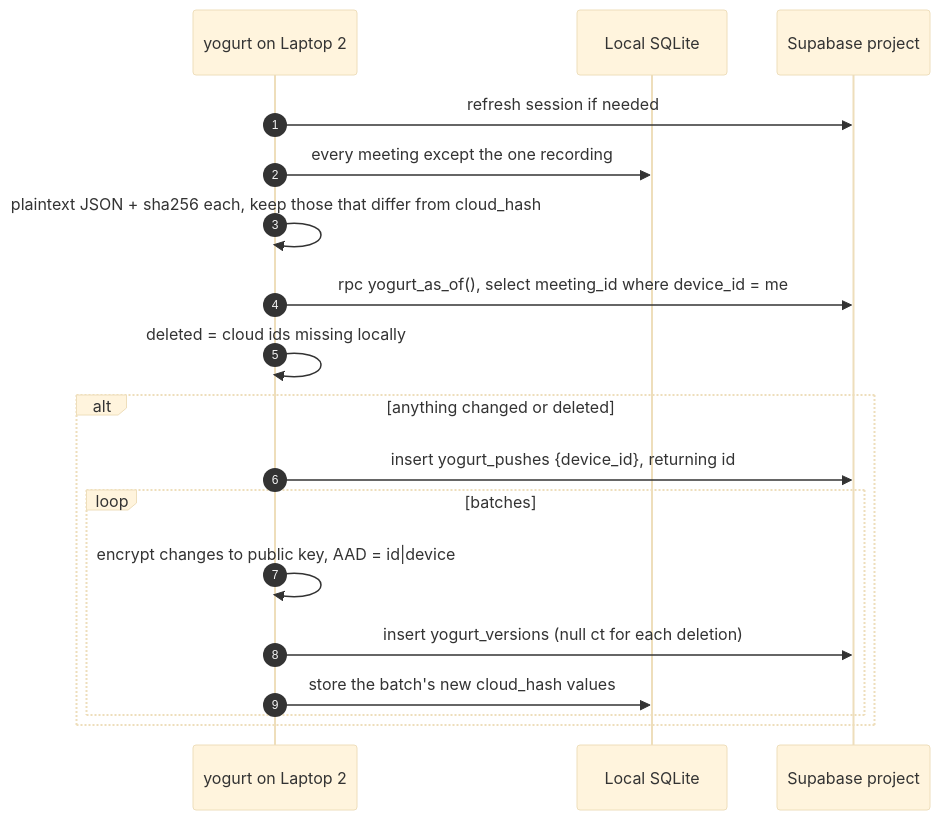
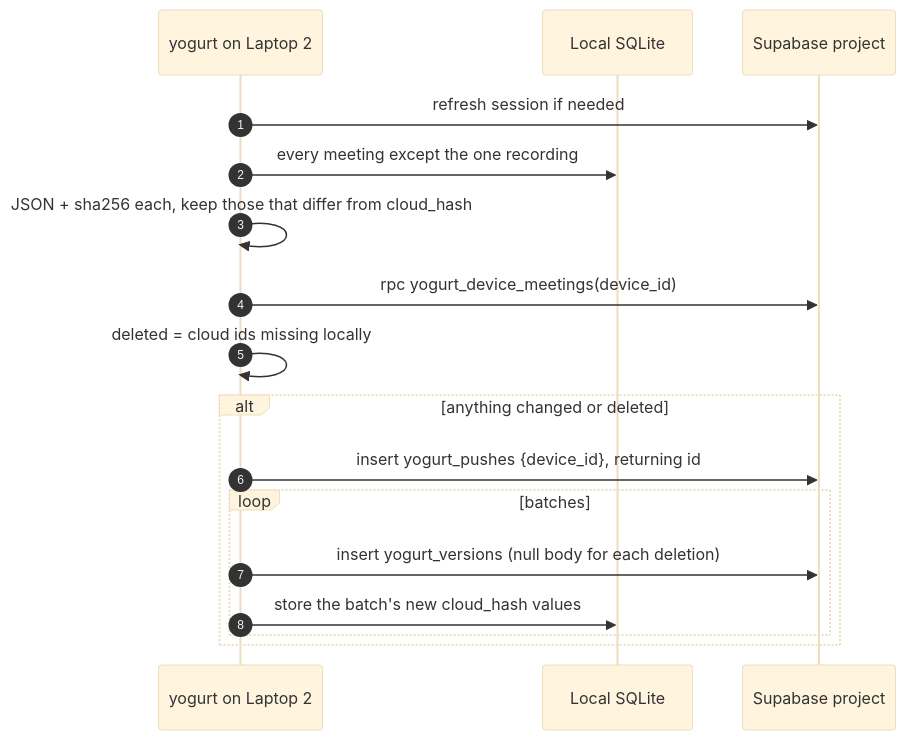
Before and after one commit to jarvisrchen/yogurt: the fifth of 5 diagrams in docs/.planning/sync-cloud-mirror-design.md, drawn with Mermaid (base theme). The commit also changed other lines of this file and 3 other files, not shown here.

````diff
--- a/docs/.planning/sync-cloud-mirror-design.md
+++ b/docs/.planning/sync-cloud-mirror-design.md
@@ -326,21 +182,20 @@
 ```mermaid
 sequenceDiagram
   autonumber
   participant Y as yogurt on Laptop 2
   participant DB as Local SQLite
   participant P as Supabase project
 
   Y->>P: refresh session if needed
   Y->>DB: every meeting except the one recording
-  Y->>Y: plaintext JSON + sha256 each, keep those that differ from cloud_hash
-  Y->>P: rpc yogurt_as_of(), select meeting_id where device_id = me
+  Y->>Y: JSON + sha256 each, keep those that differ from cloud_hash
+  Y->>P: rpc yogurt_device_meetings(device_id)
   Y->>Y: deleted = cloud ids missing locally
   alt anything changed or deleted
     Y->>P: insert yogurt_pushes {device_id}, returning id
     loop batches
-      Y->>Y: encrypt changes to public key, AAD = id|device
-      Y->>P: insert yogurt_versions (null ct for each deletion)
+      Y->>P: insert yogurt_versions (null body for each deletion)
       Y->>DB: store the batch's new cloud_hash values
     end
   end
 ```
````
